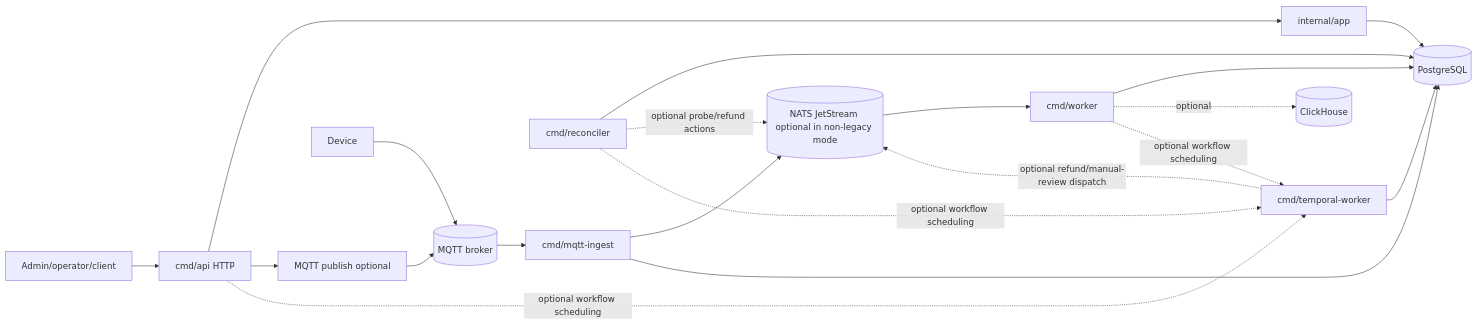
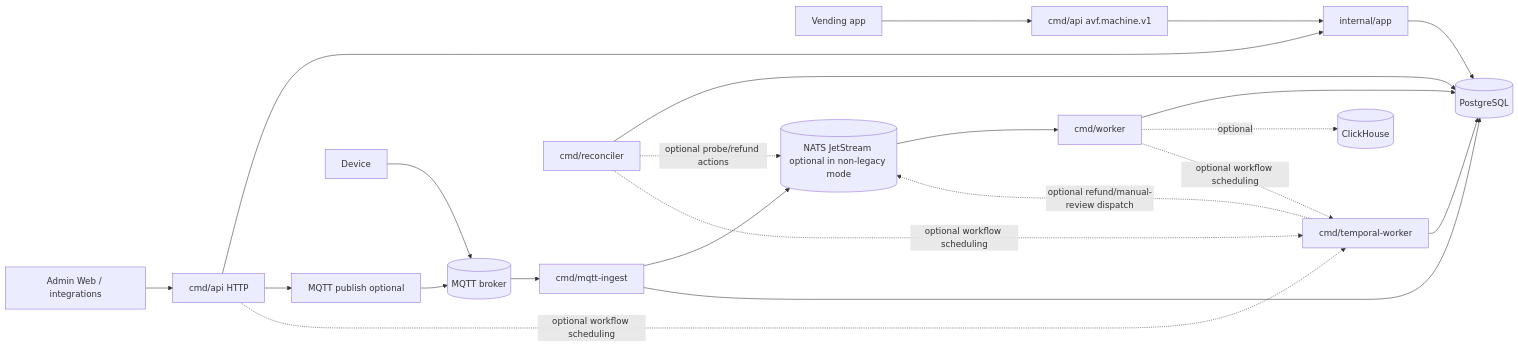
The diagram in docs/architecture/current-architecture.md (leduytuanvu/avf-vending-api), drawn with Mermaid before and after one commit. The commit also changed other lines of this file and 902 other files, not shown here.

````diff
--- a/docs/architecture/current-architecture.md
+++ b/docs/architecture/current-architecture.md
@@ -85,22 +88,24 @@
 ```mermaid
 flowchart LR
-  client[Admin/operator/client] --> api[cmd/api HTTP]
-  api --> app[internal/app]
+  admin[Admin Web / integrations] --> api[cmd/api HTTP]
+  kiosk[Vending app] --> grpc[cmd/api avf.machine.v1]
+  grpc --> app[internal/app]
+  api --> app
   app --> pg[(PostgreSQL)]
   api --> mqttPub[MQTT publish optional]
   mqttPub --> broker[(MQTT broker)]
   device[Device] --> broker
   broker --> ingest[cmd/mqtt-ingest]
   ingest --> js[(NATS JetStream optional in non-legacy mode)]
   ingest --> pg
   js --> worker[cmd/worker]
   worker --> pg
   worker -. optional .-> ch[(ClickHouse)]
   reconciler[cmd/reconciler] --> pg
   reconciler -. optional probe/refund actions .-> js
   api -. optional workflow scheduling .-> tw[cmd/temporal-worker]
   worker -. optional workflow scheduling .-> tw
   reconciler -. optional workflow scheduling .-> tw
   tw --> pg
   tw -. optional refund/manual-review dispatch .-> js
 ```
````
